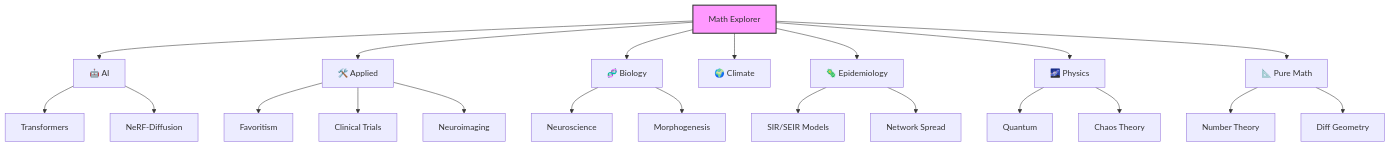
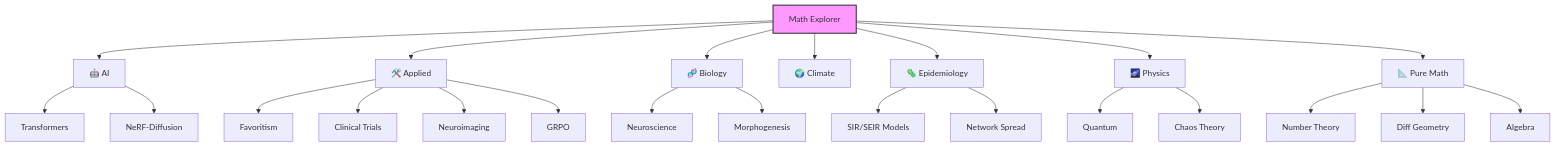
One commit to fderuiter/math changed the diagram in README.md. Above: the diagram before and after it, drawn with Mermaid. The commit also changed other lines of this file and 5 other files, not shown here.

First line of the commit message:
docs: Enhance Algebra and GRPO documentation with diagrams and examples

````diff
--- a/README.md
+++ b/README.md
@@ -54,19 +54,19 @@
 ```mermaid
 graph TD
     Root[Math Explorer] --> AI[🤖 AI]
     Root --> Applied[🛠️ Applied]
     Root --> Bio[🧬 Biology]
     Root --> Climate[🌍 Climate]
     Root --> Epi[🦠 Epidemiology]
     Root --> Phys[🌌 Physics]
     Root --> Pure[📐 Pure Math]
 
     AI --> Trans[Transformers] & NeRF[NeRF-Diffusion]
-    Applied --> Fav[Favoritism] & Clinical[Clinical Trials] & NeuroImg[Neuroimaging]
+    Applied --> Fav[Favoritism] & Clinical[Clinical Trials] & NeuroImg[Neuroimaging] & GRPO[GRPO]
     Bio --> Neuro[Neuroscience] & Morph[Morphogenesis]
     Epi --> SIR[SIR/SEIR Models] & Net[Network Spread]
     Phys --> Quant[Quantum] & Chaos[Chaos Theory]
-    Pure --> Num[Number Theory] & Geo[Diff Geometry]
+    Pure --> Num[Number Theory] & Geo[Diff Geometry] & Alg[Algebra]
 
     style Root fill:#f9f,stroke:#333,stroke-width:2px
 ```
````
